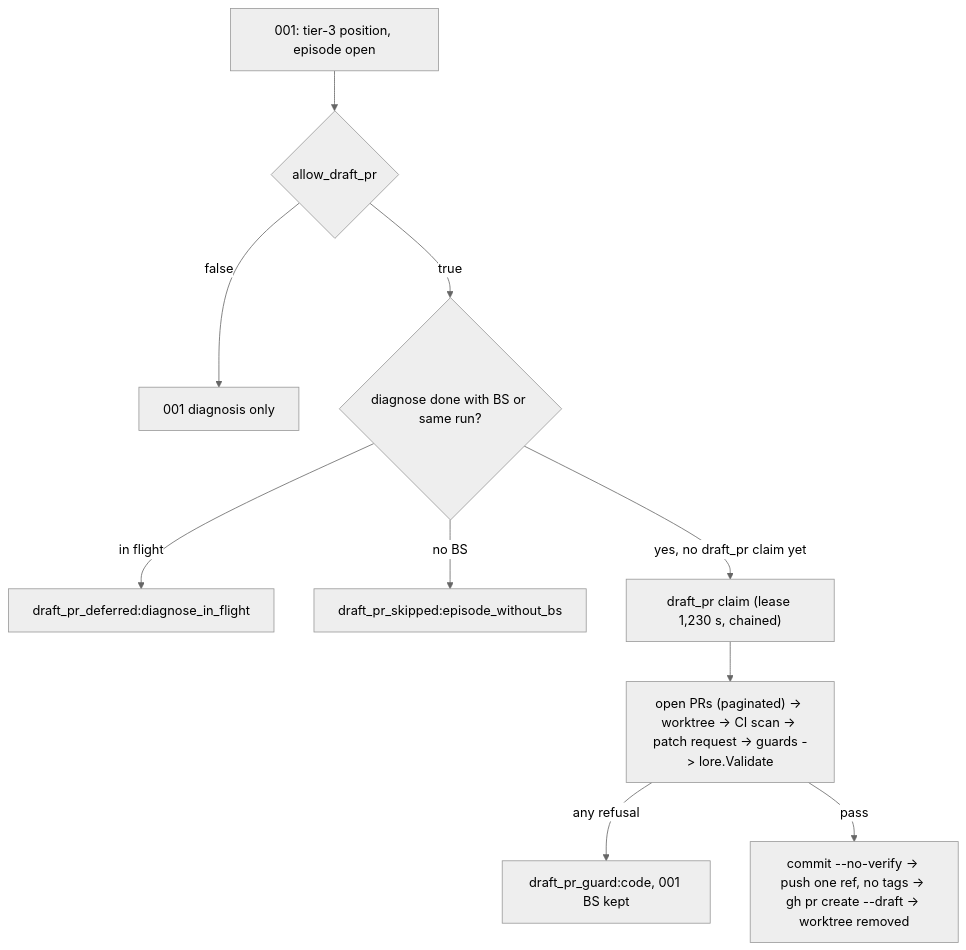
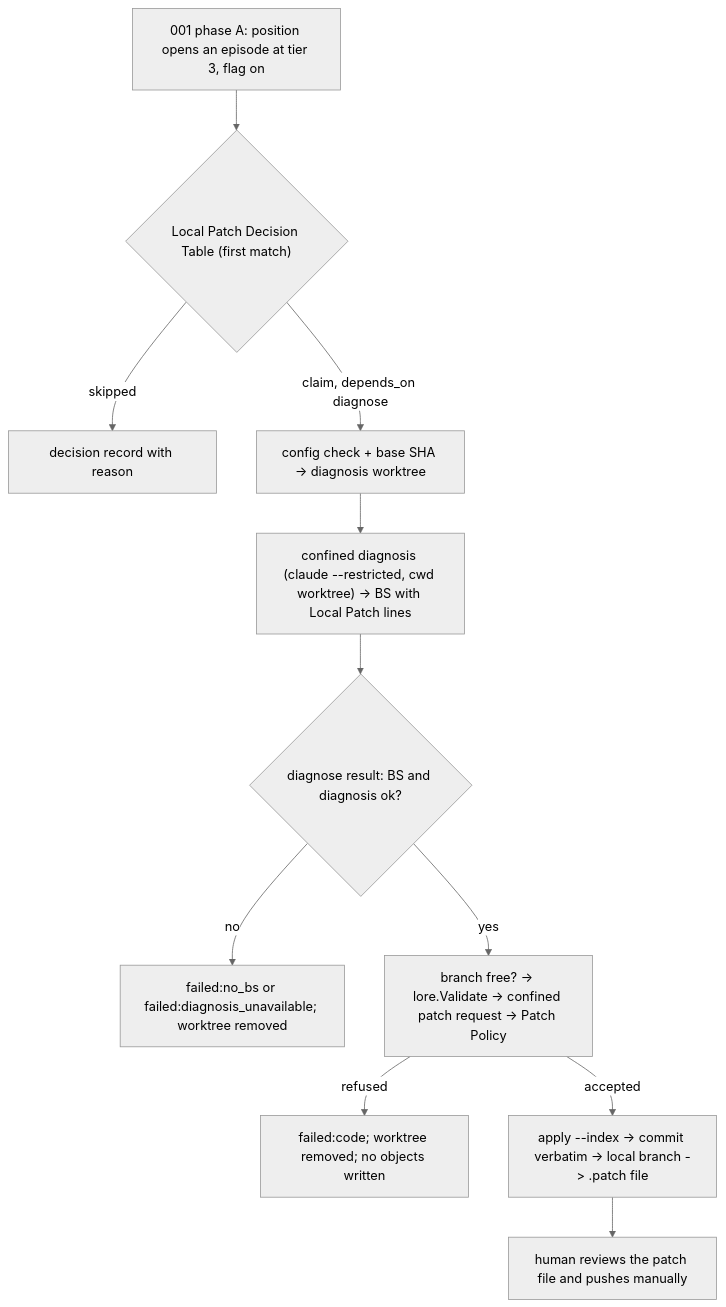
One commit to autopus-ai/autopus-adk changed the diagram in .autopus/specs/SPEC-SIGMABAND-002/plan.md. Above: the diagram before and after it, drawn with Mermaid (neutral theme). The commit also changed other lines of this file and 15 other files, not shown here.

````diff
--- a/.autopus/specs/SPEC-SIGMABAND-002/plan.md
+++ b/.autopus/specs/SPEC-SIGMABAND-002/plan.md
@@ -30,12 +35,13 @@
 ```mermaid
 flowchart TD
-  T3E["001: tier-3 position, episode open"] --> F{"allow_draft_pr"}
-  F -->|"false"| D["001 diagnosis only"]
-  F -->|"true"| P{"diagnose done with BS or same run?"}
-  P -->|"in flight"| DEF["draft_pr_deferred:diagnose_in_flight"]
-  P -->|"no BS"| SK["draft_pr_skipped:episode_without_bs"]
-  P -->|"yes, no draft_pr claim yet"| C["draft_pr claim (lease 1,230 s, chained)"]
-  C --> G["open PRs (paginated) -> worktree -> CI scan -> patch request -> guards -> lore.Validate"]
-  G -->|"any refusal"| R["draft_pr_guard:code, 001 BS kept"]
-  G -->|"pass"| M["commit --no-verify -> push one ref, no tags -> gh pr create --draft -> worktree removed"]
+  A["001 phase A: position opens an episode at tier 3, flag on"] --> D{"Local Patch Decision Table (first match)"}
+  D -->|"skipped"| S["decision record with reason"]
+  D -->|"claim, depends_on diagnose"| W["config check + base SHA -> diagnosis worktree"]
+  W --> DX["confined diagnosis (claude --restricted, cwd worktree) -> BS with Local Patch lines"]
+  DX --> R{"diagnose result: BS and diagnosis ok?"}
+  R -->|"no"| F["failed:no_bs or failed:diagnosis_unavailable; worktree removed"]
+  R -->|"yes"| P["branch free? -> lore.Validate -> confined patch request -> Patch Policy"]
+  P -->|"refused"| C["failed:code; worktree removed; no objects written"]
+  P -->|"accepted"| L["apply --index -> commit verbatim -> local branch -> .patch file"]
+  L --> H["human reviews the patch file and pushes manually"]
 ```
````
